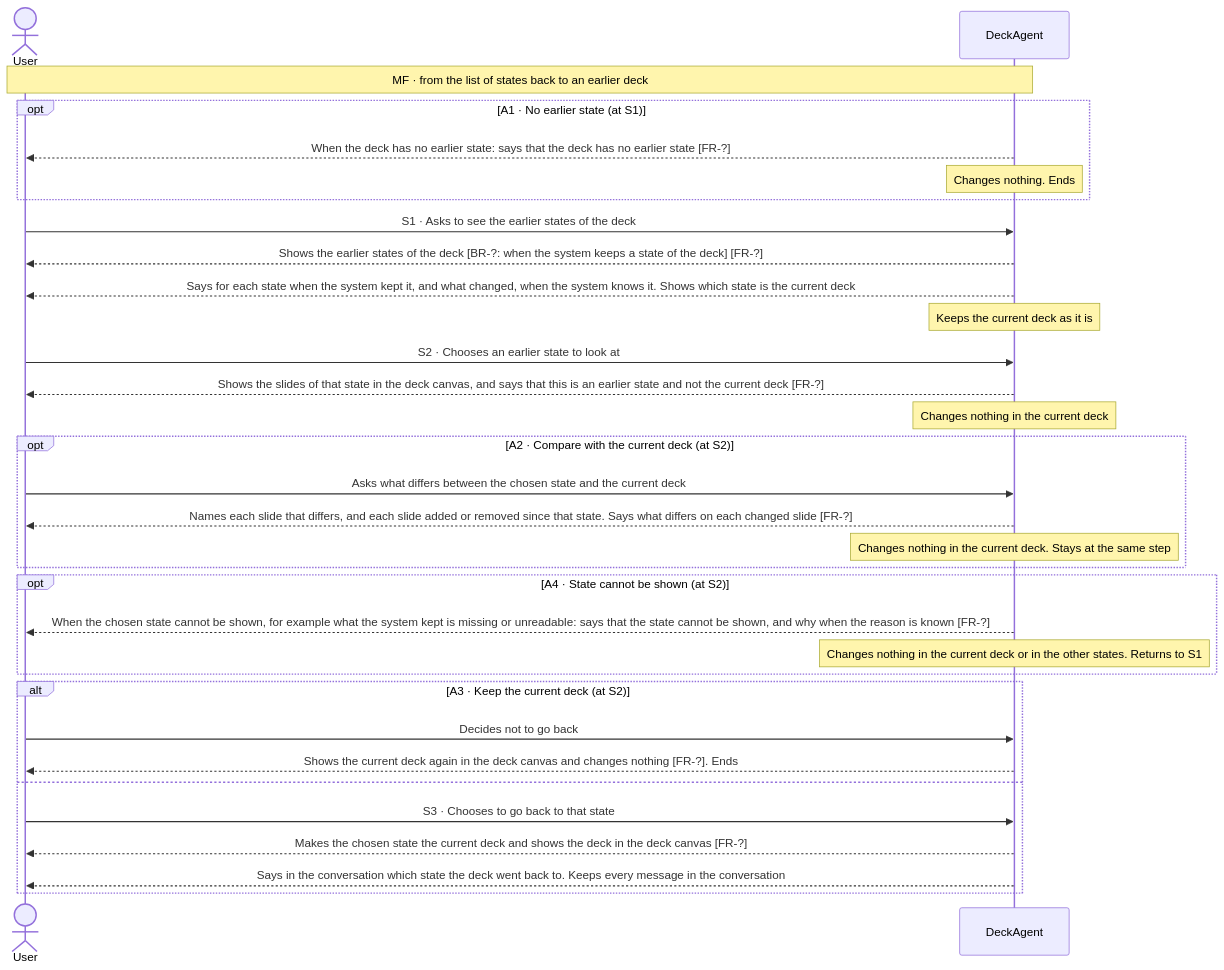
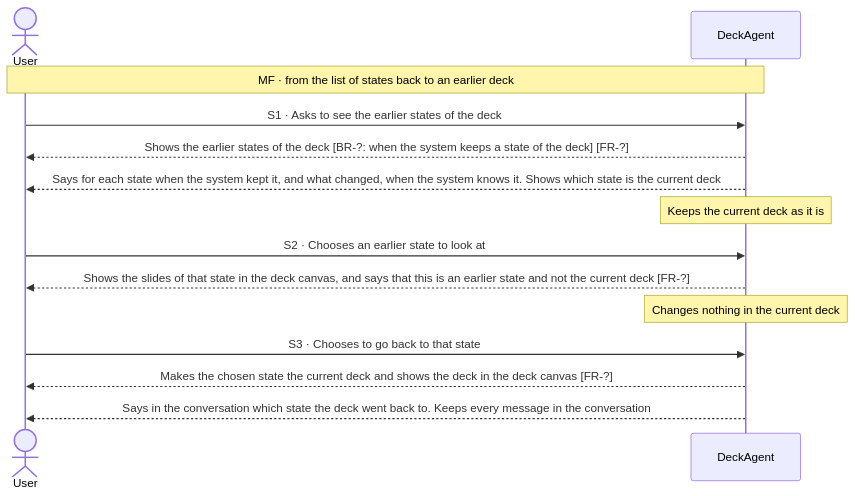
Before and after one commit to Luke23127006/DeckAgent: the first of 5 diagrams in docs/spec/03-use-cases/UC-008.md, drawn with Mermaid. The commit also changed other lines of this file and 25 other files, not shown here.

Commit message:
docs(spec): restructure use cases with main flow first

````diff
--- a/docs/spec/03-use-cases/UC-008.md
+++ b/docs/spec/03-use-cases/UC-008.md
@@ -38,34 +38,16 @@
 ```mermaid
 sequenceDiagram
     actor User
     participant DeckAgent
     Note over User,DeckAgent: MF · from the list of states back to an earlier deck
-    opt A1 · No earlier state (at S1)
-        DeckAgent-->>User: When the deck has no earlier state: says that the deck has no earlier state [FR-?]
-        note over DeckAgent: Changes nothing. Ends
-    end
     User->>DeckAgent: S1 · Asks to see the earlier states of the deck
     DeckAgent-->>User: Shows the earlier states of the deck [BR-?: when the system keeps a state of the deck] [FR-?]
     DeckAgent-->>User: Says for each state when the system kept it, and what changed, when the system knows it. Shows which state is the current deck
     note over DeckAgent: Keeps the current deck as it is
     User->>DeckAgent: S2 · Chooses an earlier state to look at
     DeckAgent-->>User: Shows the slides of that state in the deck canvas, and says that this is an earlier state and not the current deck [FR-?]
     note over DeckAgent: Changes nothing in the current deck
-    opt A2 · Compare with the current deck (at S2)
-        User->>DeckAgent: Asks what differs between the chosen state and the current deck
-        DeckAgent-->>User: Names each slide that differs, and each slide added or removed since that state. Says what differs on each changed slide [FR-?]
-        note over DeckAgent: Changes nothing in the current deck. Stays at the same step
-    end
-    opt A4 · State cannot be shown (at S2)
-        DeckAgent-->>User: When the chosen state cannot be shown, for example what the system kept is missing or unreadable: says that the state cannot be shown, and why when the reason is known [FR-?]
-        note over DeckAgent: Changes nothing in the current deck or in the other states. Returns to S1
-    end
-    alt A3 · Keep the current deck (at S2)
-        User->>DeckAgent: Decides not to go back
-        DeckAgent-->>User: Shows the current deck again in the deck canvas and changes nothing [FR-?]. Ends
-    else
-        User->>DeckAgent: S3 · Chooses to go back to that state
-        DeckAgent-->>User: Makes the chosen state the current deck and shows the deck in the deck canvas [FR-?]
-        DeckAgent-->>User: Says in the conversation which state the deck went back to. Keeps every message in the conversation
-    end
+    User->>DeckAgent: S3 · Chooses to go back to that state
+    DeckAgent-->>User: Makes the chosen state the current deck and shows the deck in the deck canvas [FR-?]
+    DeckAgent-->>User: Says in the conversation which state the deck went back to. Keeps every message in the conversation
 ```
````
